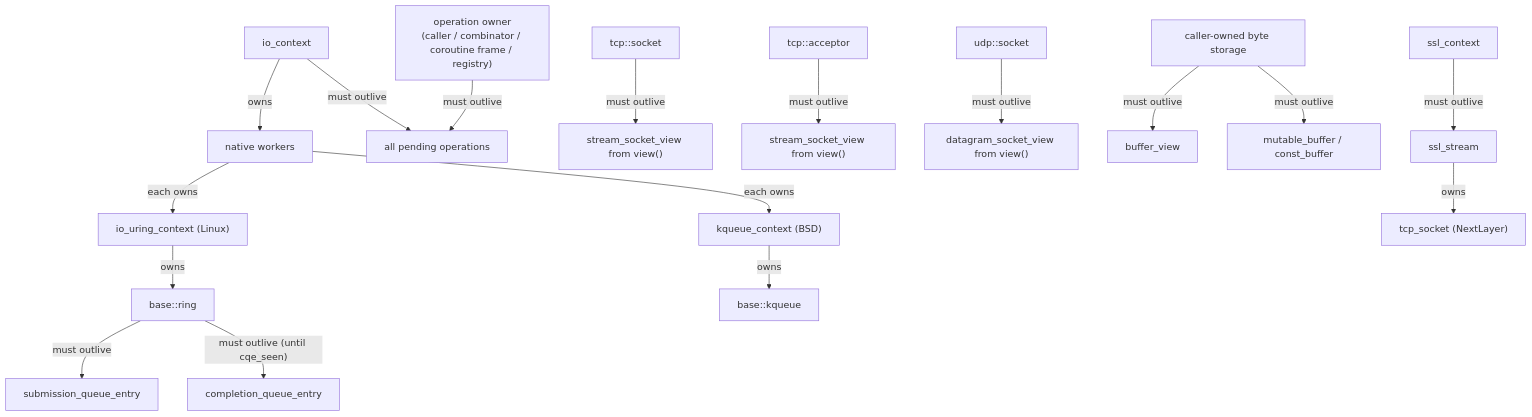
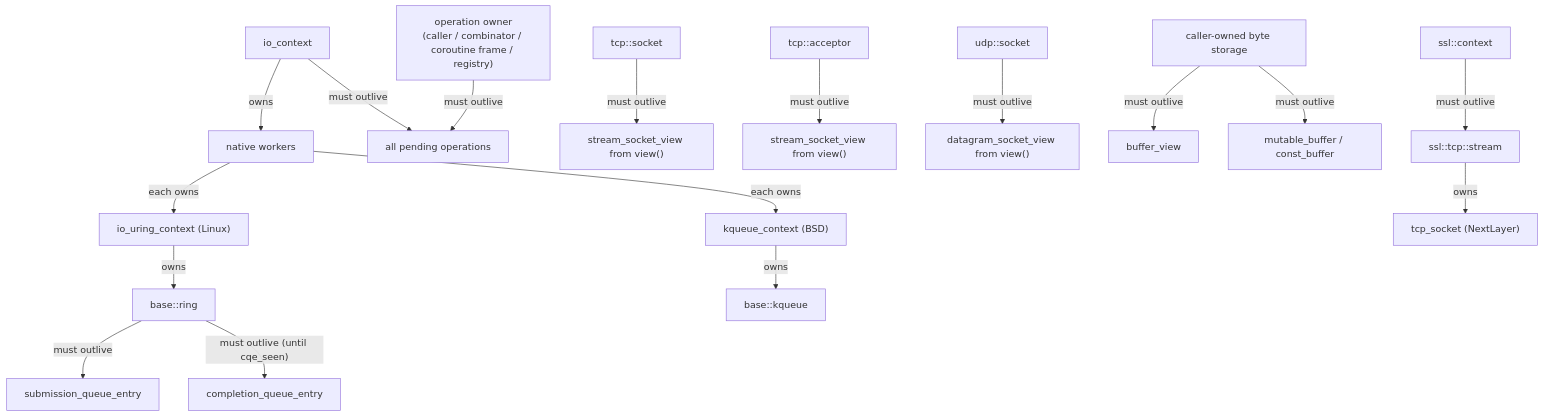
Before and after one commit to haomingbai/bnio: the second of 3 diagrams in docs/design/lifecycle.md, drawn with Mermaid. The commit also changed other lines of this file and 3 other files, not shown here.

````diff
--- a/docs/design/lifecycle.md
+++ b/docs/design/lifecycle.md
@@ -52,24 +52,24 @@
 ```mermaid
 graph TB
     Ctx["io_context"] -->|"owns"| Workers["native workers"]
     Workers -->|"each owns"| UCtx["io_uring_context (Linux)"]
     UCtx -->|"owns"| Ring["base::ring"]
     Workers -->|"each owns"| KCtx["kqueue_context (BSD)"]
     KCtx -->|"owns"| KQ["base::kqueue"]
 
     OpOwner["operation owner<br/>(caller / combinator / coroutine frame / registry)"] -->|"must outlive"| Ops["all pending operations"]
     Ctx -->|"must outlive"| Ops
 
     Ring -->|"must outlive"| SQE["submission_queue_entry"]
     Ring -->|"must outlive (until cqe_seen)"| CQE["completion_queue_entry"]
 
     TCPSock["tcp::socket"] -->|"must outlive"| SView["stream_socket_view from view()"]
     TCPAcpt["tcp::acceptor"] -->|"must outlive"| LView["stream_socket_view from view()"]
     UDPSock["udp::socket"] -->|"must outlive"| DView["datagram_socket_view from view()"]
 
     UserBuf["caller-owned byte storage"] -->|"must outlive"| BufView["buffer_view"]
     UserBuf -->|"must outlive"| MBuf["mutable_buffer / const_buffer"]
 
-    SSLCtx["ssl_context"] -->|"must outlive"| SSLStream["ssl_stream"]
+    SSLCtx["ssl::context"] -->|"must outlive"| SSLStream["ssl::tcp::stream"]
     SSLStream -->|"owns"| Inner["tcp_socket (NextLayer)"]
 ```
````
